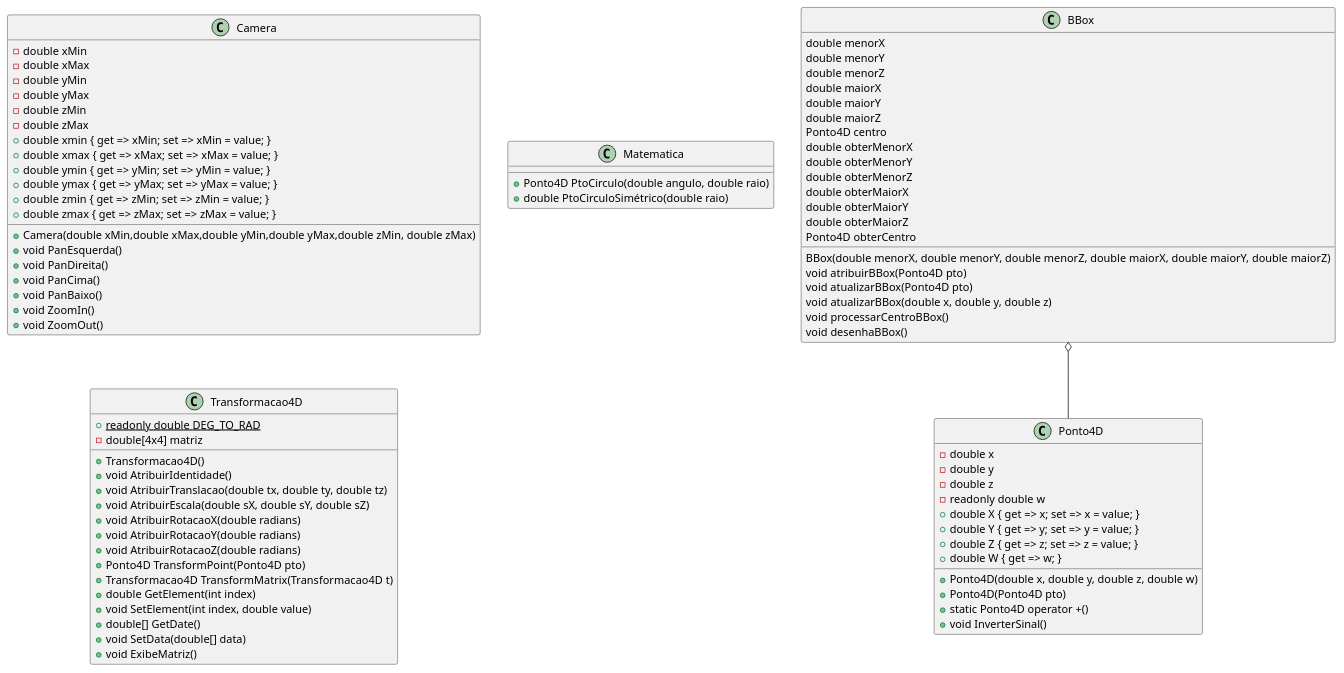
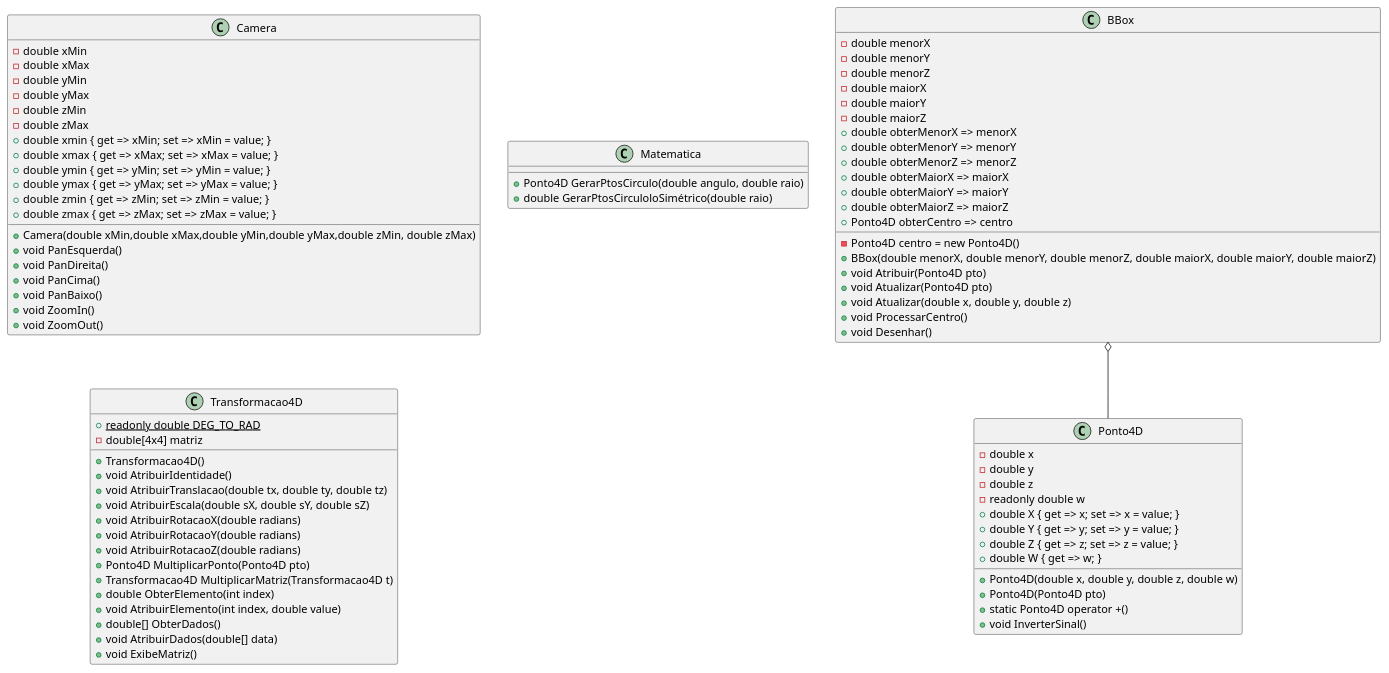
The diagram in CG_Biblioteca/docs/umlClasses.wsd (gustavospiess/gcg-cg), drawn with PlantUML before and after one commit. The commit also changed 3 other files, not shown here.

```diff
--- a/CG_Biblioteca/docs/umlClasses.wsd
+++ b/CG_Biblioteca/docs/umlClasses.wsd
@@ -2,78 +2,78 @@
 @startuml CG_Biblioteca
 
-BBox : double menorX
-BBox : double menorY
-BBox : double menorZ
-BBox : double maiorX
-BBox : double maiorY
-BBox : double maiorZ
-BBox : Ponto4D centro
-BBox : BBox(double menorX, double menorY, double menorZ, double maiorX, double maiorY, double maiorZ)
-BBox : void atribuirBBox(Ponto4D pto)	
-BBox : void atualizarBBox(Ponto4D pto)
-BBox : void atualizarBBox(double x, double y, double z)
-BBox : void processarCentroBBox()
-BBox : void desenhaBBox()
-BBox : double obterMenorX
-BBox : double obterMenorY
-BBox : double obterMenorZ
-BBox : double obterMaiorX
-BBox : double obterMaiorY
-BBox : double obterMaiorZ
-BBox : Ponto4D obterCentro
+BBox : - double menorX
+BBox : - double menorY
+BBox : - double menorZ
+BBox : - double maiorX
+BBox : - double maiorY
+BBox : - double maiorZ
+BBox : - Ponto4D centro = new Ponto4D()
+BBox : + BBox(double menorX, double menorY, double menorZ, double maiorX, double maiorY, double maiorZ)
+BBox : + void Atribuir(Ponto4D pto)
+BBox : + void Atualizar(Ponto4D pto)
+BBox : + void Atualizar(double x, double y, double z)
+BBox : + void ProcessarCentro()
+BBox : + void Desenhar()
+BBox : + double obterMenorX => menorX
+BBox : + double obterMenorY => menorY
+BBox : + double obterMenorZ => menorZ
+BBox : + double obterMaiorX => maiorX
+BBox : + double obterMaiorY => maiorY
+BBox : + double obterMaiorZ => maiorZ
+BBox : + Ponto4D obterCentro => centro
 BBox o-- Ponto4D
 
 Camera : - double xMin
 Camera : - double xMax
 Camera : - double yMin
 Camera : - double yMax
 Camera : - double zMin
 Camera : - double zMax
 Camera : + Camera(double xMin,double xMax,double yMin,double yMax,double zMin, double zMax)
 Camera : + double xmin { get => xMin; set => xMin = value; }
 Camera : + double xmax { get => xMax; set => xMax = value; }
 Camera : + double ymin { get => yMin; set => yMin = value; }
 Camera : + double ymax { get => yMax; set => yMax = value; }
 Camera : + double zmin { get => zMin; set => zMin = value; }
 Camera : + double zmax { get => zMax; set => zMax = value; }
 Camera : + void PanEsquerda()
 Camera : + void PanDireita()
 Camera : + void PanCima()
 Camera : + void PanBaixo()
 Camera : + void ZoomIn()
 Camera : + void ZoomOut()
 
-Matematica : + Ponto4D PtoCirculo(double angulo, double raio)
-Matematica : + double PtoCirculoSimétrico(double raio)
+Matematica : + Ponto4D GerarPtosCirculo(double angulo, double raio)
+Matematica : + double GerarPtosCirculoloSimétrico(double raio)
 
 Ponto4D : - double x
 Ponto4D : - double y
 Ponto4D : - double z
 Ponto4D : - readonly double w
 Ponto4D : + Ponto4D(double x, double y, double z, double w)
 Ponto4D : + Ponto4D(Ponto4D pto)
 Ponto4D : + static Ponto4D operator +()
 Ponto4D : + double X { get => x; set => x = value; }
 Ponto4D : + double Y { get => y; set => y = value; }
 Ponto4D : + double Z { get => z; set => z = value; }
 Ponto4D : + double W { get => w; }
 Ponto4D : + void InverterSinal()
 
 Transformacao4D : {static} + readonly double DEG_TO_RAD
 Transformacao4D : -double[4x4] matriz
 Transformacao4D : +Transformacao4D()
 Transformacao4D : +void AtribuirIdentidade()
 Transformacao4D : +void AtribuirTranslacao(double tx, double ty, double tz)
 Transformacao4D : +void AtribuirEscala(double sX, double sY, double sZ)
 Transformacao4D : +void AtribuirRotacaoX(double radians)
 Transformacao4D : +void AtribuirRotacaoY(double radians)
 Transformacao4D : +void AtribuirRotacaoZ(double radians)
-Transformacao4D : +Ponto4D TransformPoint(Ponto4D pto)
-Transformacao4D : +Transformacao4D TransformMatrix(Transformacao4D t)
-Transformacao4D : +double GetElement(int index)
-Transformacao4D : +void SetElement(int index, double value)
-Transformacao4D : +double[] GetDate()
-Transformacao4D : +void SetData(double[] data)
+Transformacao4D : +Ponto4D MultiplicarPonto(Ponto4D pto)
+Transformacao4D : +Transformacao4D MultiplicarMatriz(Transformacao4D t)
+Transformacao4D : +double ObterElemento(int index)
+Transformacao4D : +void AtribuirElemento(int index, double value)
+Transformacao4D : +double[] ObterDados()
+Transformacao4D : +void AtribuirDados(double[] data)
 Transformacao4D : +void ExibeMatriz()
 
 @enduml
```
